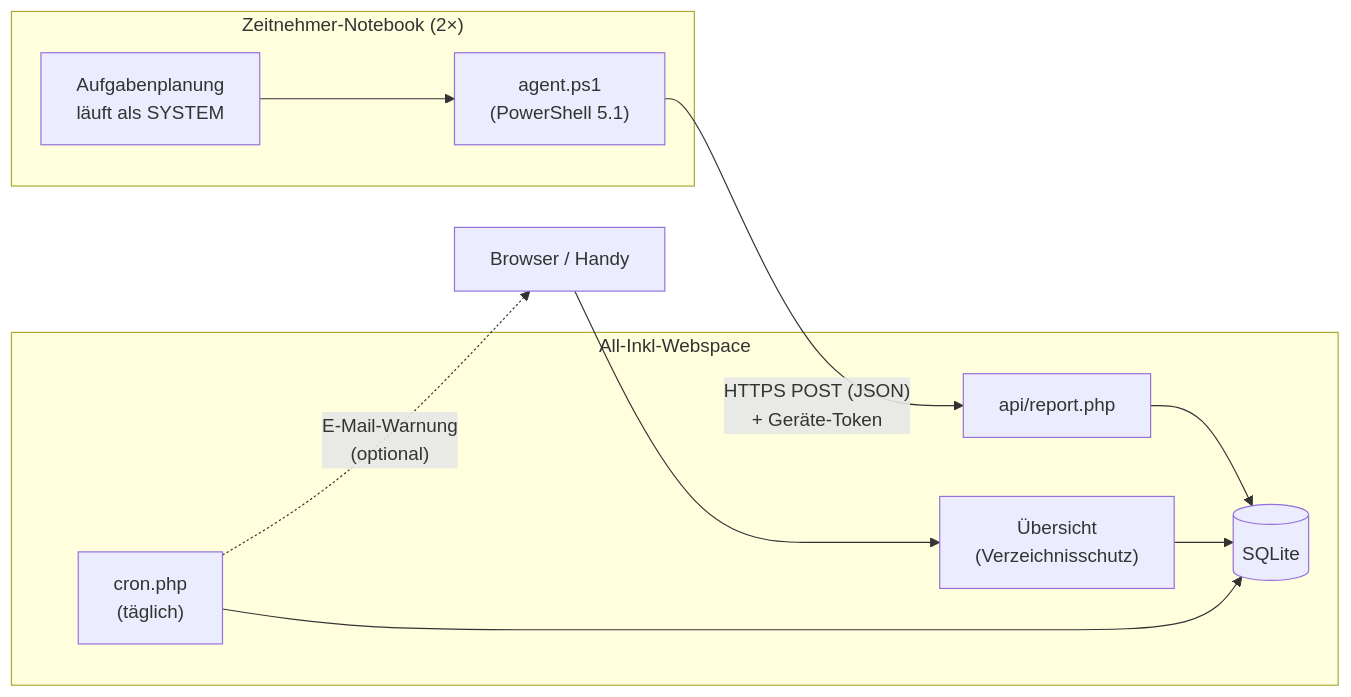
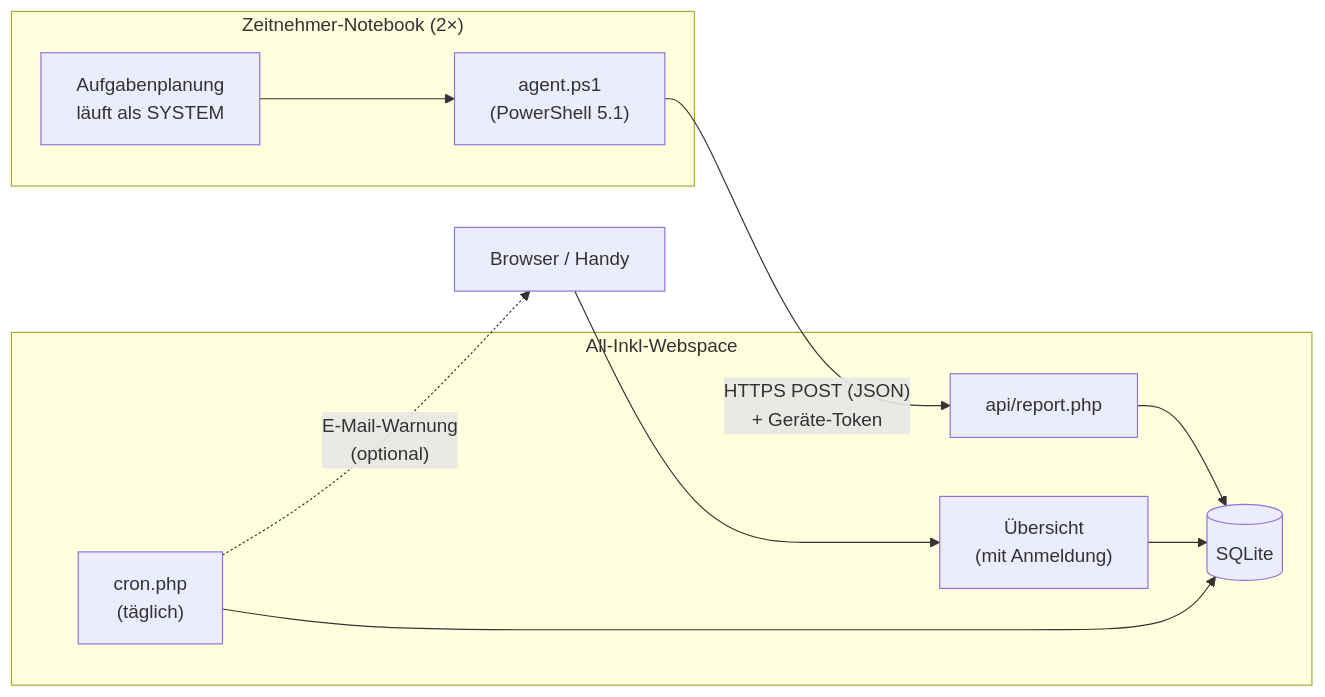
The diagram in PLAN.md (ToAmins/HSGMonitorLight), drawn with Mermaid before and after one commit. The commit also changed other lines of this file and 18 other files, not shown here.

````diff
--- a/PLAN.md
+++ b/PLAN.md
@@ -19,14 +19,14 @@
 ```mermaid
 flowchart LR
   subgraph NB["Zeitnehmer-Notebook (2×)"]
     T["Aufgabenplanung<br/>läuft als SYSTEM"] --> A["agent.ps1<br/>(PowerShell 5.1)"]
   end
   subgraph WS["All-Inkl-Webspace"]
     R["api/report.php"] --> DB[("SQLite")]
-    D["Übersicht<br/>(Verzeichnisschutz)"] --> DB
+    D["Übersicht<br/>(mit Anmeldung)"] --> DB
     C["cron.php<br/>(täglich)"] --> DB
   end
   A -- "HTTPS POST (JSON)<br/>+ Geräte-Token" --> R
   B["Browser / Handy"] --> D
   C -. "E-Mail-Warnung<br/>(optional)" .-> B
 ```
````
